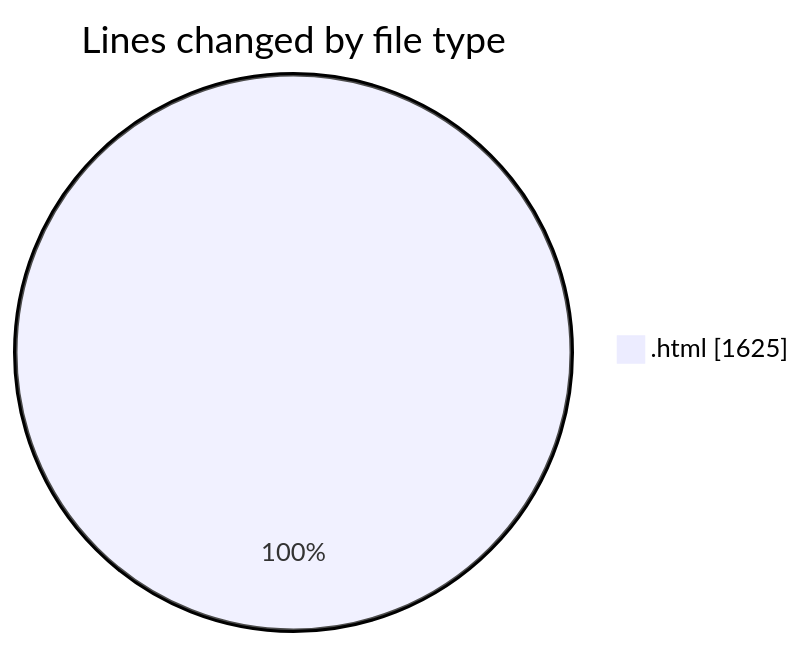
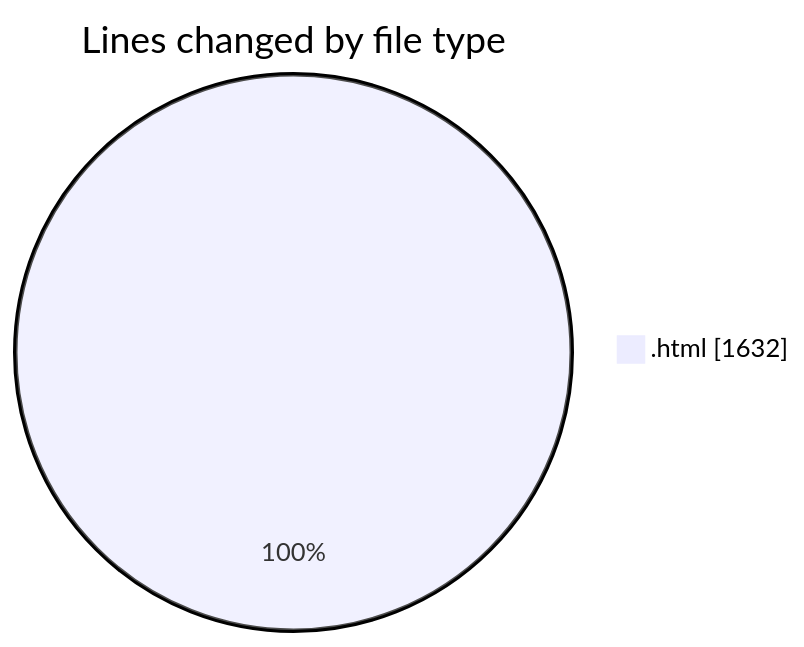
Before and after one commit to Ritupan-Deka/code-tracking: the first of 2 diagrams in 2025-02-15/0starter_files/README.md, drawn with Mermaid. The commit also changed other lines of this file and 1 other file, not shown here.

````diff
--- a/2025-02-15/0starter_files/README.md
+++ b/2025-02-15/0starter_files/README.md
@@ -20,5 +20,5 @@
 ```mermaid
 pie showData
 title Lines changed by file type
-".html" : 1625
+".html" : 1632
 ```
````
